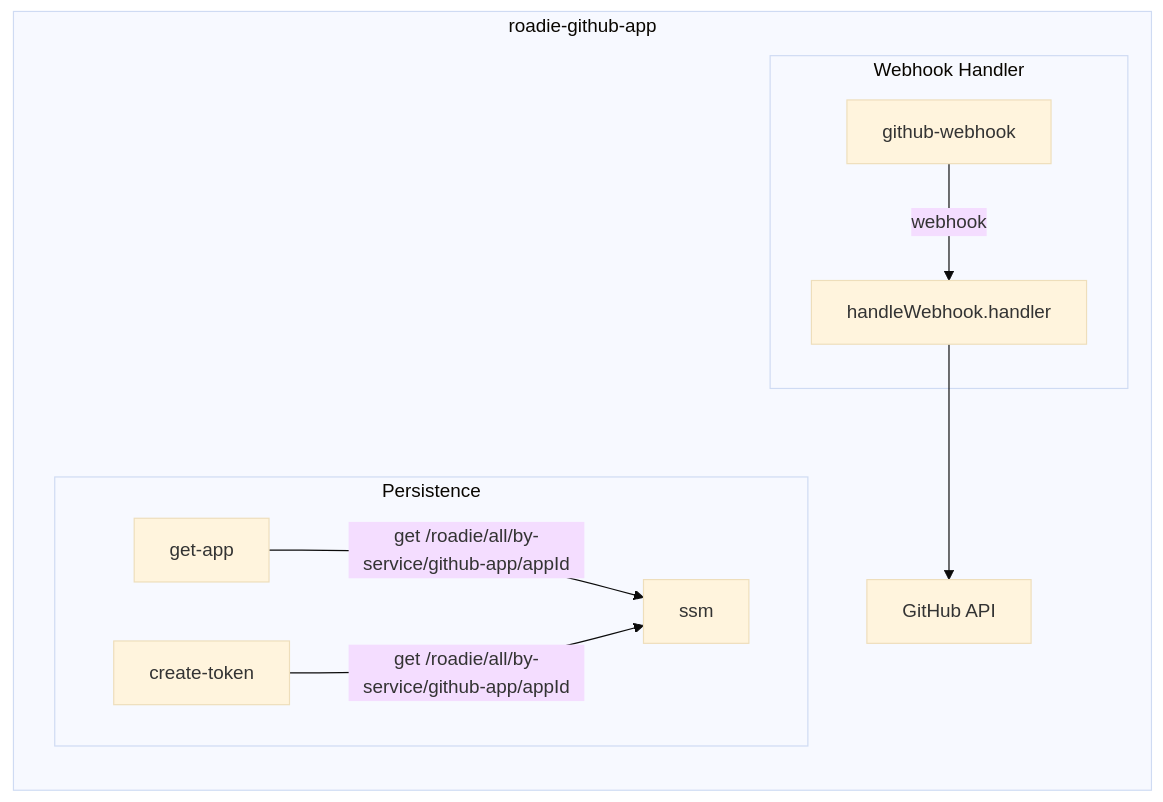
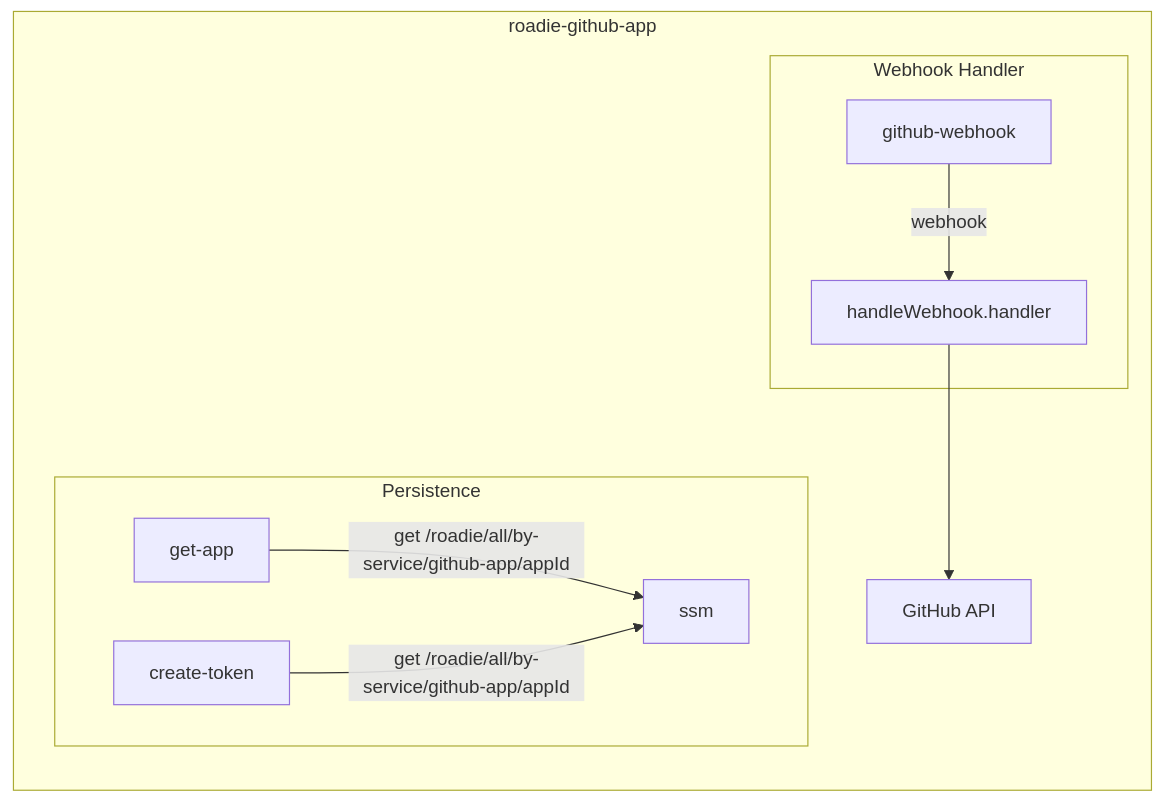
One commit to RoadieHQ/sample-service changed the second of 2 diagrams in docs/feature-testing.md. Above: the diagram before and after it, drawn with Mermaid.

````diff
--- a/docs/feature-testing.md
+++ b/docs/feature-testing.md
@@ -67,15 +67,14 @@
 ```mermaid
- %%{init: {'theme':'base'}}%%
  graph LR
     subgraph roadie-github-app
         subgraph Webhook Handler
             github-webhook -->|webhook| webhook-handler[handleWebhook.handler]
         end
 
         subgraph Persistence
             get-app -->|get /roadie/all/by-service/github-app/appId| ssm
             create-token -->|get /roadie/all/by-service/github-app/appId| ssm
         end
         webhook-handler --> github-api[GitHub API]
     end
 ```
````
